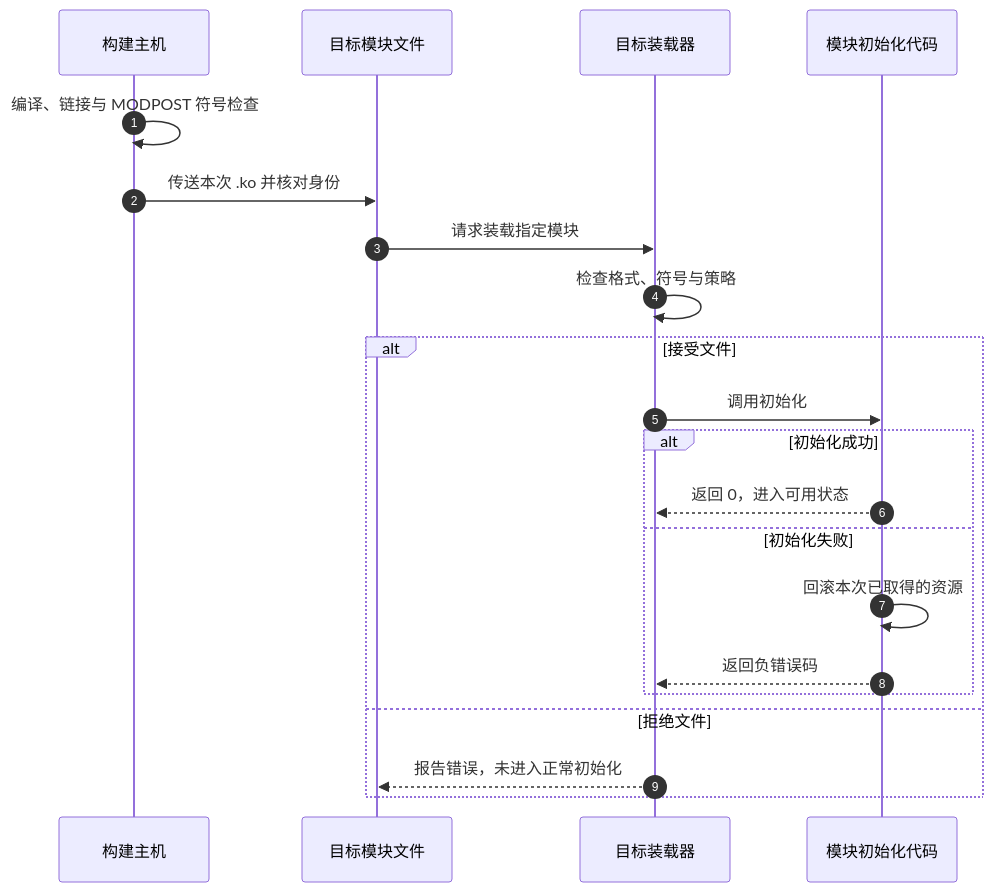
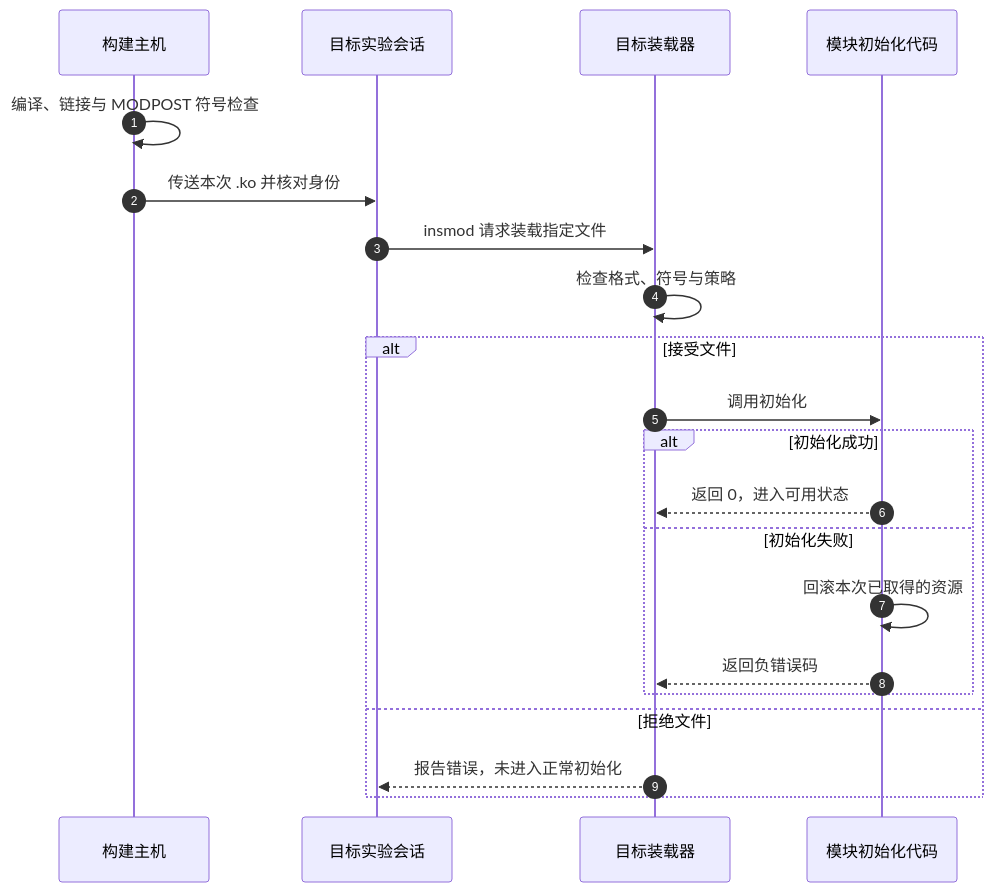
Before and after one commit to FormingSystem/linux_note: the diagram in engineering/build/kernel_modules/P04_部署模块并沿错误定位构建问题.md, drawn with Mermaid. The commit also changed other lines of this file and 22 other files, not shown here.

````diff
--- a/engineering/build/kernel_modules/P04_部署模块并沿错误定位构建问题.md
+++ b/engineering/build/kernel_modules/P04_部署模块并沿错误定位构建问题.md
@@ -19,23 +19,23 @@
 ```mermaid
 sequenceDiagram
     autonumber
     participant B as 构建主机
-    participant F as 目标模块文件
+    participant T as 目标实验会话
     participant L as 目标装载器
     participant M as 模块初始化代码
     B->>B: 编译、链接与 MODPOST 符号检查
-    B->>F: 传送本次 .ko 并核对身份
-    F->>L: 请求装载指定模块
+    B->>T: 传送本次 .ko 并核对身份
+    T->>L: insmod 请求装载指定文件
     L->>L: 检查格式、符号与策略
     alt 接受文件
         L->>M: 调用初始化
         alt 初始化成功
             M-->>L: 返回 0，进入可用状态
         else 初始化失败
             M->>M: 回滚本次已取得的资源
             M-->>L: 返回负错误码
         end
     else 拒绝文件
-        L-->>F: 报告错误，未进入正常初始化
+        L-->>T: 报告错误，未进入正常初始化
     end
 ```
````
